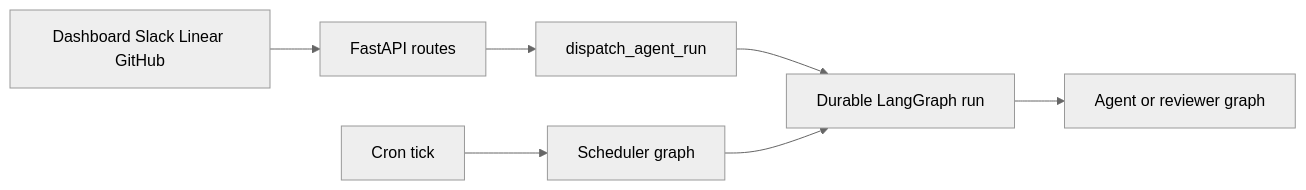
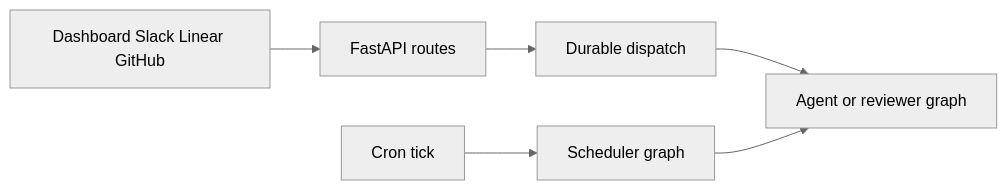
One commit to langchain-ai/open-swe changed the diagram in openwiki/quickstart.md. Above: the diagram before and after it, drawn with Mermaid (neutral theme). The commit also changed other lines of this file and 51 other files, not shown here.

````diff
--- a/openwiki/quickstart.md
+++ b/openwiki/quickstart.md
@@ -89,9 +108,8 @@
 ```mermaid
 flowchart LR
-    Trigger["Dashboard Slack Linear GitHub"] --> Api["FastAPI routes"]
-    Api --> Dispatch["dispatch_agent_run"]
-    Dispatch --> Run["Durable LangGraph run"]
-    Run --> Agent["Agent or reviewer graph"]
+    Ingress["Dashboard Slack Linear GitHub"] --> API["FastAPI routes"]
+    API --> Dispatch["Durable dispatch"]
+    Dispatch --> Graph["Agent or reviewer graph"]
     Cron["Cron tick"] --> Scheduler["Scheduler graph"]
-    Scheduler --> Run
+    Scheduler --> Graph
 ```
````
